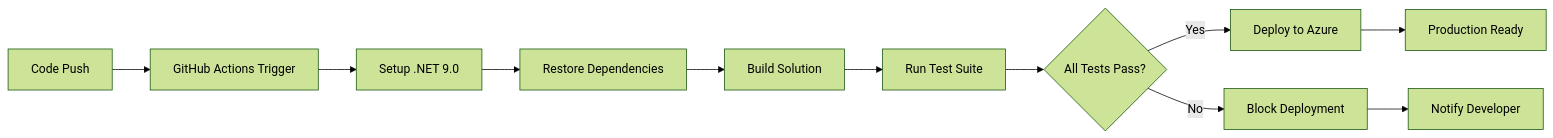
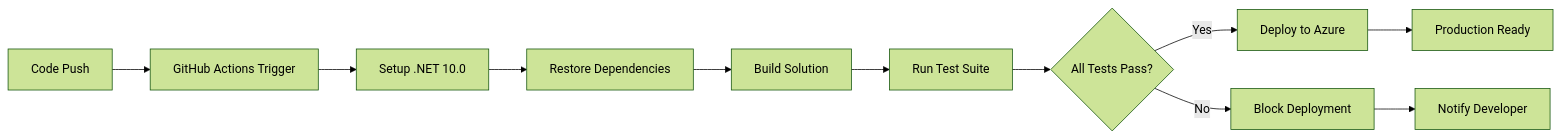
One commit to mongeon/RecettesIndex changed the tenth of 13 diagrams in docs/ARCHITECTURE.md. Above: the diagram before and after it, drawn with Mermaid (forest theme). The commit also changed other lines of this file and 7 other files, not shown here.

````diff
--- a/docs/ARCHITECTURE.md
+++ b/docs/ARCHITECTURE.md
@@ -535,13 +535,13 @@
 ```mermaid
 flowchart LR
     A[Code Push] --> B[GitHub Actions Trigger]
-    B --> C[Setup .NET 9.0]
+    B --> C[Setup .NET 10.0]
     C --> D[Restore Dependencies]
     D --> E[Build Solution]
     E --> F[Run Test Suite]
     F --> G{All Tests Pass?}
     G -->|Yes| H[Deploy to Azure]
     G -->|No| I[Block Deployment]
     I --> J[Notify Developer]
     H --> K[Production Ready]
 ```
````
